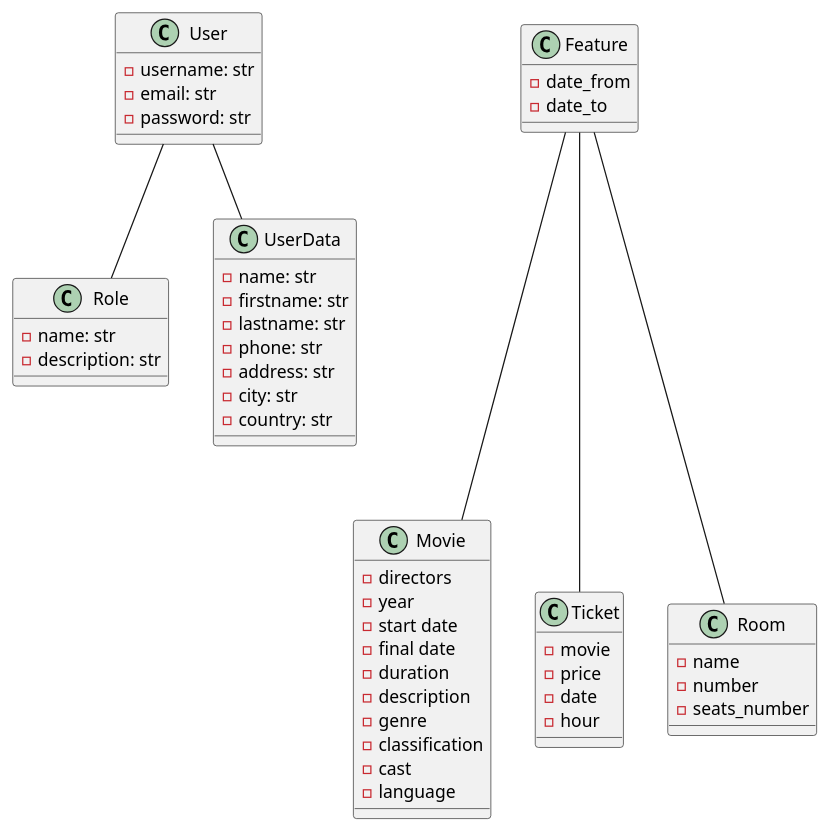
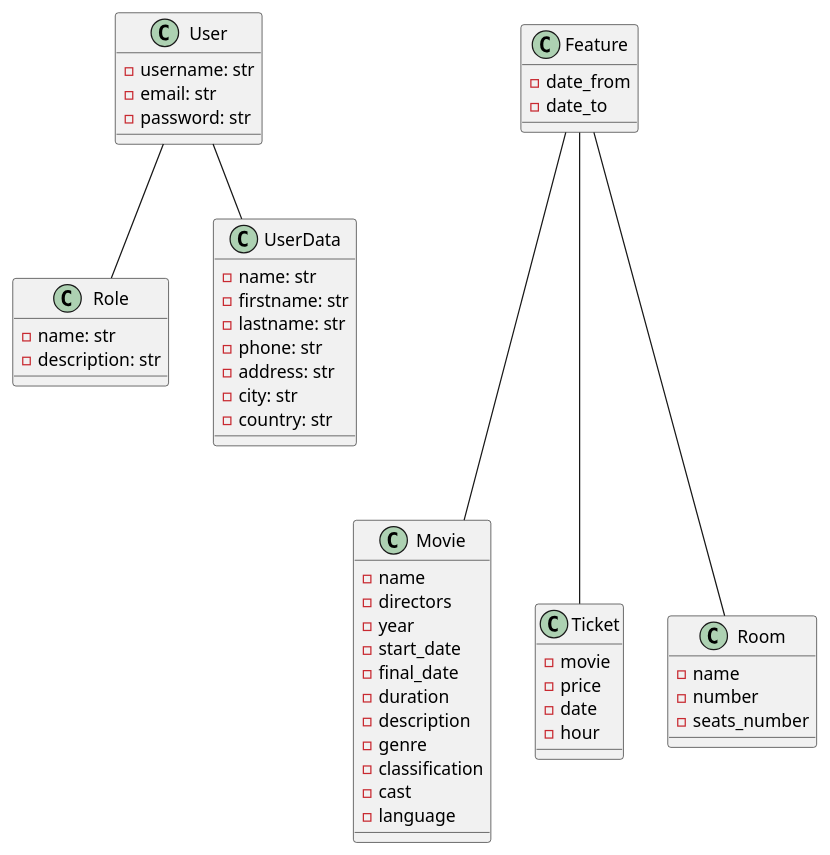
One commit to ivanjcs/desarrollo-software changed the diagram in docs/diagrama_1.puml. Above: the diagram before and after it, drawn with PlantUML. The commit also changed 5 other files, not shown here.

```diff
--- a/docs/diagrama_1.puml
+++ b/docs/diagrama_1.puml
@@ -1,62 +1,63 @@
 @startuml Diagrama de cine
 
 class User {
     - username: str
     - email: str
     - password: str
 }
 
 class Role {
     - name: str
     - description: str
 }
 
 class UserData {
     - name: str
     - firstname: str
     - lastname: str
     - phone: str
     - address: str
     - city: str
     - country: str
 }
 
 class Movie {
+    - name
     - directors
     - year
-    - start date
-    - final date
+    - start_date
+    - final_date
     - duration
     - description
     - genre
     - classification
     - cast
     - language
 }
 
 class Ticket {
     - movie
     - price
     - date
     - hour
 }
 
 class Room {
     - name
     - number
     - seats_number 
 }
 
 class Feature {
     - date_from
     - date_to
 }
 
 Feature --- Room
 Feature --- Movie
 Feature --- Ticket
 
 User -- UserData
 User -- Role
 
 @enduml
```
